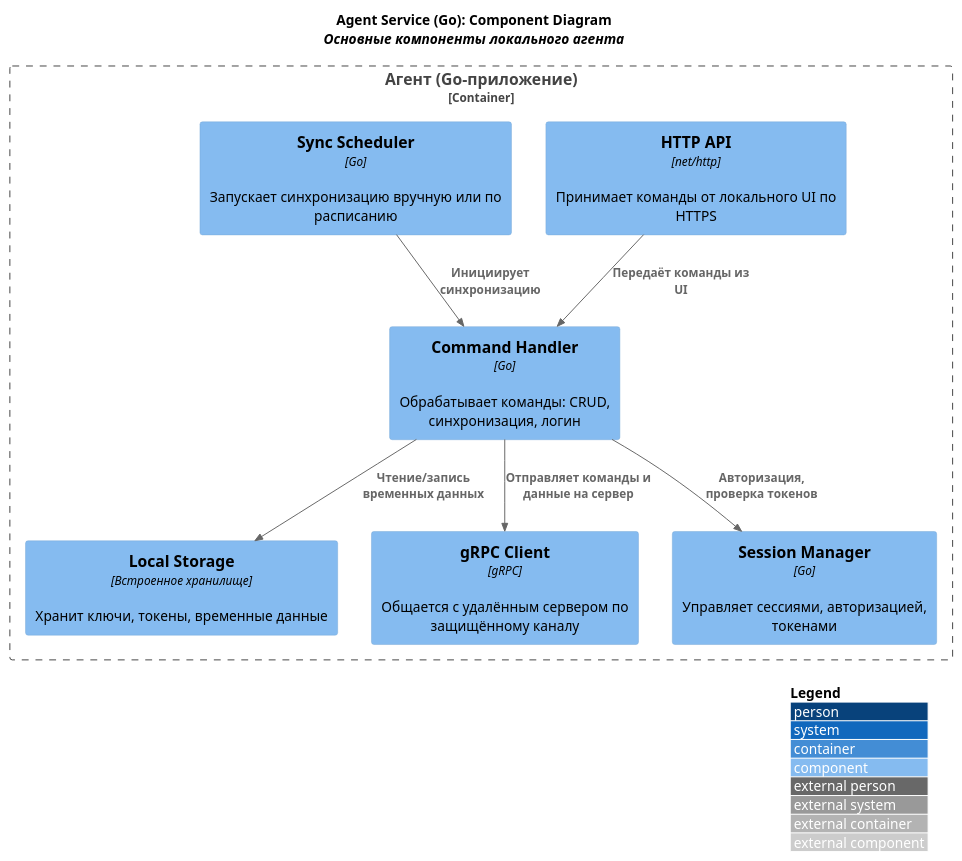
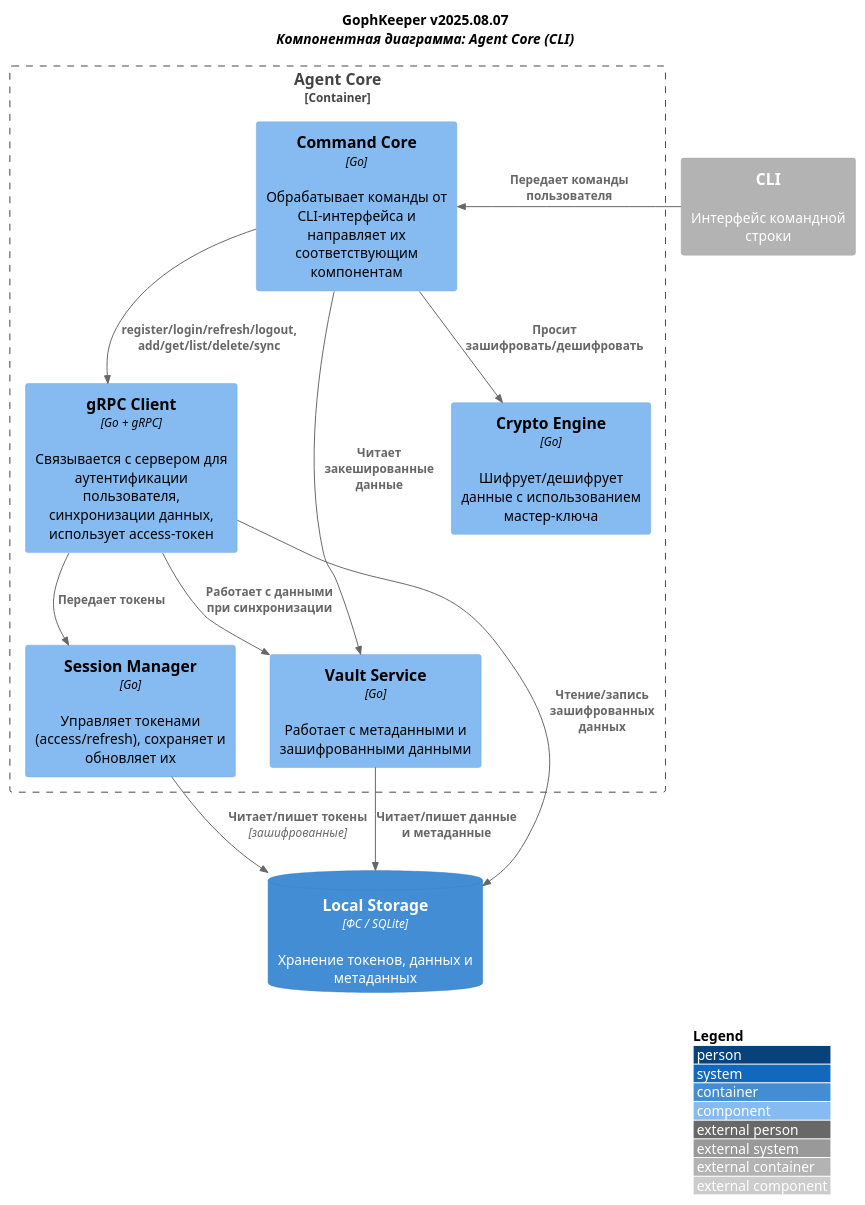
One commit to talx-hub/gophkeeper changed the diagram in c4-agent-component-view.puml. Above: the diagram before and after it, drawn with PlantUML. The commit also changed 3 other files, not shown here.

```diff
--- a/c4-agent-component-view.puml
+++ b/c4-agent-component-view.puml
@@ -1,28 +1,39 @@
 @startuml
 !include https://raw.githubusercontent.com/plantuml-stdlib/C4-PlantUML/master/C4_Component.puml
 
 LAYOUT_WITH_LEGEND()
 LAYOUT_TOP_DOWN()
-skinparam wrapWidth 300
 
 title
-<b>Agent Service (Go): Component Diagram</b>
-<i>Основные компоненты локального агента</i>
+  <b>GophKeeper v2025.08.07</b>
+  <i>Компонентная диаграмма: Agent Core (CLI)</i>
 end title
 
-Container_Boundary(agent_service, "Агент (Go-приложение)"){
-    Component(agent_http_api, "HTTP API", "net/http", "Принимает команды от локального UI по HTTPS")
-    Component(command_handler, "Command Handler", "Go", "Обрабатывает команды: CRUD, синхронизация, логин")
-    Component(local_storage, "Local Storage", "Встроенное хранилище", "Хранит ключи, токены, временные данные")
-    Component(grpc_client, "gRPC Client", "gRPC", "Общается с удалённым сервером по защищённому каналу")
-    Component(session_manager, "Session Manager", "Go", "Управляет сессиями, авторизацией, токенами")
-    Component(sync_scheduler, "Sync Scheduler", "Go", "Запускает синхронизацию вручную или по расписанию")
+Container_Boundary(agent_core, "Agent Core", "Go", "Обрабатывает команды и координирует логику приложения") {
 
-    Rel(agent_http_api, command_handler, "Передаёт команды из UI")
-    Rel(command_handler, grpc_client, "Отправляет команды и данные на сервер")
-    Rel(command_handler, local_storage, "Чтение/запись временных данных")
-    Rel(command_handler, session_manager, "Авторизация, проверка токенов")
-    Rel(sync_scheduler, command_handler, "Инициирует синхронизацию")
+Component(dispatcher, "Command Core", "Go", "Обрабатывает команды от CLI-интерфейса и направляет их соответствующим компонентам")
+Component(session, "Session Manager", "Go", "Управляет токенами (access/refresh), сохраняет и обновляет их")
+Component(sync, "gRPC Client", "Go + gRPC", "Связывается с сервером для аутентификации пользователя, синхронизации данных, использует access-токен")
+Component(vault, "Vault Service", "Go", "Работает с метаданными и зашифрованными данными")
+Component(crypto, "Crypto Engine", "Go", "Шифрует/дешифрует данные с использованием мастер-ключа")
 }
 
+' CLI и хранилище — внешние по отношению к ядру
+Container_Ext(cli, "CLI", "", "Интерфейс командной строки")
+ContainerDb(localstore, "Local Storage", "ФС / SQLite", "Хранение токенов, данных и метаданных")
+
+' Взаимодействия
+Rel_L(cli, dispatcher, "Передает команды пользователя")
+Rel(dispatcher, crypto, "Просит зашифровать/дешифровать")
+Rel(dispatcher, vault, "Читает закешированные данные")
+Rel(dispatcher, sync, "register/login/refresh/logout,\nadd/get/list/delete/sync")
+
+Rel(session, localstore, "Читает/пишет токены", "зашифрованные")
+
+Rel(vault, localstore, "Читает/пишет данные и метаданные")
+
+Rel(sync, localstore, "Чтение/запись зашифрованных данных")
+Rel(sync, session, "Передает токены")
+Rel(sync, vault, "Работает с данными при синхронизации")
+
 @enduml
```
